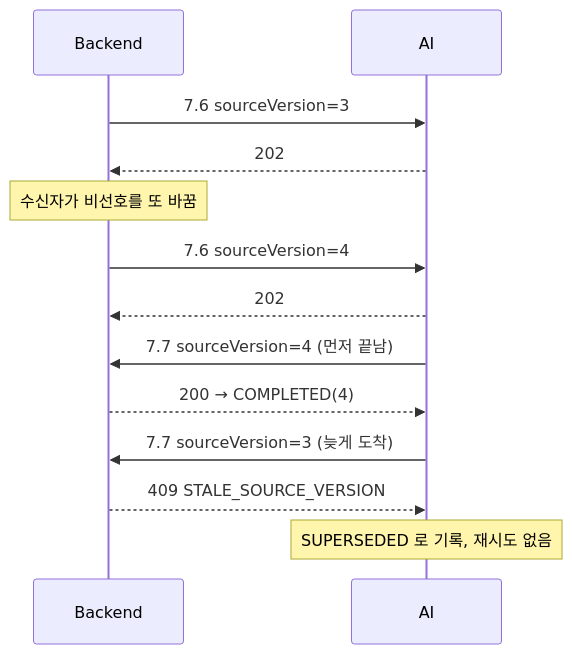
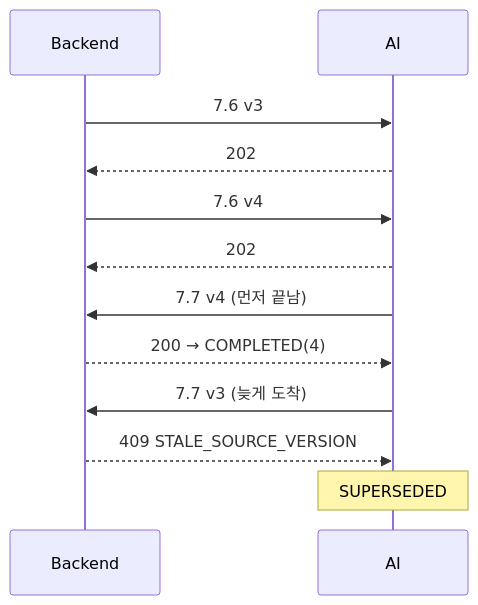
Before and after one commit to 100-hours-a-week/KTB4-12th-AI: the second of 2 diagrams in profiling/docs/학습_가이드/04_통신.md, drawn with Mermaid. The commit also changed other lines of this file and 70 other files, not shown here.

````diff
--- a/profiling/docs/학습_가이드/04_통신.md
+++ b/profiling/docs/학습_가이드/04_통신.md
@@ -223,15 +221,14 @@
 ```mermaid
 sequenceDiagram
   participant BE as Backend
   participant AI as AI
-  BE->>AI: 7.6 sourceVersion=3
+  BE->>AI: 7.6 v3
   AI-->>BE: 202
-  Note over BE: 수신자가 비선호를 또 바꿈
-  BE->>AI: 7.6 sourceVersion=4
+  BE->>AI: 7.6 v4
   AI-->>BE: 202
-  AI->>BE: 7.7 sourceVersion=4 (먼저 끝남)
+  AI->>BE: 7.7 v4 (먼저 끝남)
   BE-->>AI: 200 → COMPLETED(4)
-  AI->>BE: 7.7 sourceVersion=3 (늦게 도착)
+  AI->>BE: 7.7 v3 (늦게 도착)
   BE-->>AI: 409 STALE_SOURCE_VERSION
-  Note over AI: SUPERSEDED 로 기록, 재시도 없음
+  Note over AI: SUPERSEDED
 ```
````
